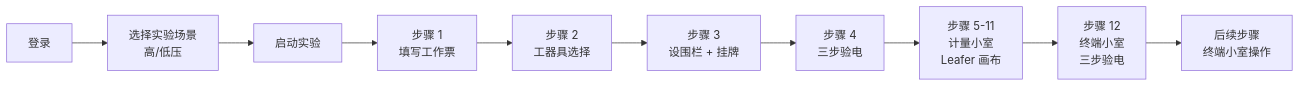
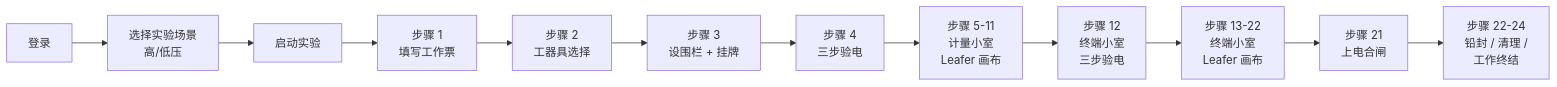
The diagram in README.md (zhanzhan702/virtual-experiment), drawn with Mermaid before and after one commit. The commit also changed other lines of this file, not shown here.

````diff
--- a/README.md
+++ b/README.md
@@ -141,12 +141,14 @@
 ```mermaid
 flowchart LR
     A[登录] --> B[选择实验场景<br/>高/低压]
     B --> C[启动实验]
     C --> D[步骤 1<br/>填写工作票]
     D --> E[步骤 2<br/>工器具选择]
     E --> F[步骤 3<br/>设围栏 + 挂牌]
     F --> G[步骤 4<br/>三步验电]
     G --> H[步骤 5-11<br/>计量小室<br/>Leafer 画布]
     H --> I[步骤 12<br/>终端小室<br/>三步验电]
-    I --> J[后续步骤<br/>终端小室操作]
+    I --> J[步骤 13-22<br/>终端小室<br/>Leafer 画布]
+    J --> K[步骤 21<br/>上电合闸]
+    K --> L[步骤 22-24<br/>铅封 / 清理 /<br/>工作终结]
 ```
````
